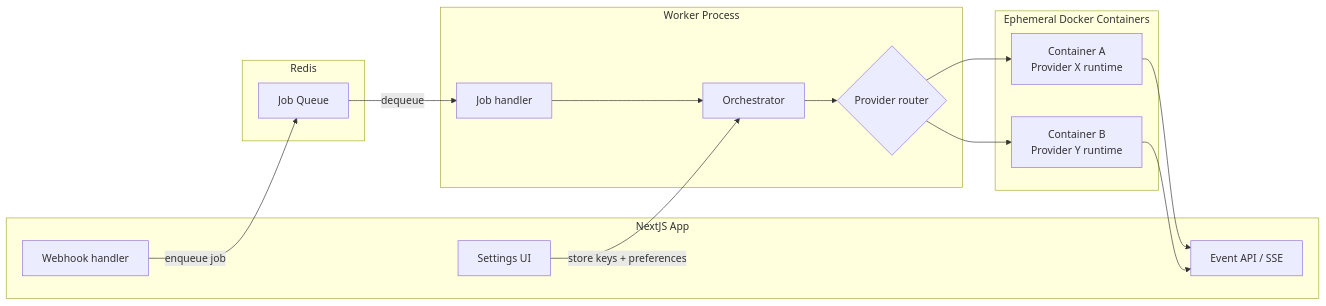
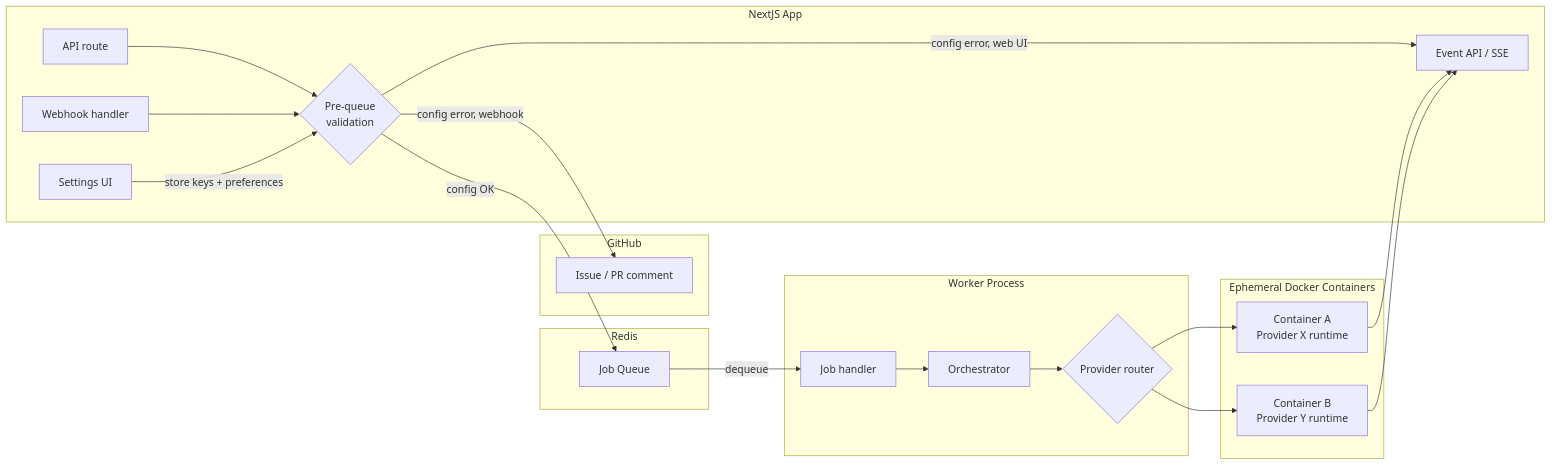
Before and after one commit to youngchingjui/issue-to-pr: the first of 3 diagrams in docs/dev/multi-model-support.md, drawn with Mermaid. The commit also changed other lines of this file and 5 other files, not shown here.

````diff
--- a/docs/dev/multi-model-support.md
+++ b/docs/dev/multi-model-support.md
@@ -45,33 +44,43 @@
 ```mermaid
 flowchart LR
     subgraph NextJS["NextJS App"]
+        API[API route]
         WH[Webhook handler]
+        Val{Pre-queue<br/>validation}
         Settings[Settings UI]
         Events[Event API / SSE]
+    end
+
+    subgraph GitHub["GitHub"]
+        GH[Issue / PR comment]
     end
 
     subgraph Queue["Redis"]
         BullMQ[Job Queue]
     end
 
     subgraph Worker["Worker Process"]
         Handler[Job handler]
         Orchestrator[Orchestrator]
         Router{Provider router}
     end
 
     subgraph Containers["Ephemeral Docker Containers"]
         C1[Container A<br/>Provider X runtime]
         C2[Container B<br/>Provider Y runtime]
     end
 
-    WH -->|enqueue job| BullMQ
+    API --> Val
+    WH --> Val
+    Val -->|config OK| BullMQ
+    Val -->|config error, web UI| Events
+    Val -->|config error, webhook| GH
     BullMQ -->|dequeue| Handler
     Handler --> Orchestrator
     Orchestrator --> Router
     Router --> C1
     Router --> C2
     C1 --> Events
     C2 --> Events
-    Settings -->|store keys + preferences| Orchestrator
+    Settings -->|store keys + preferences| Val
 ```
````
